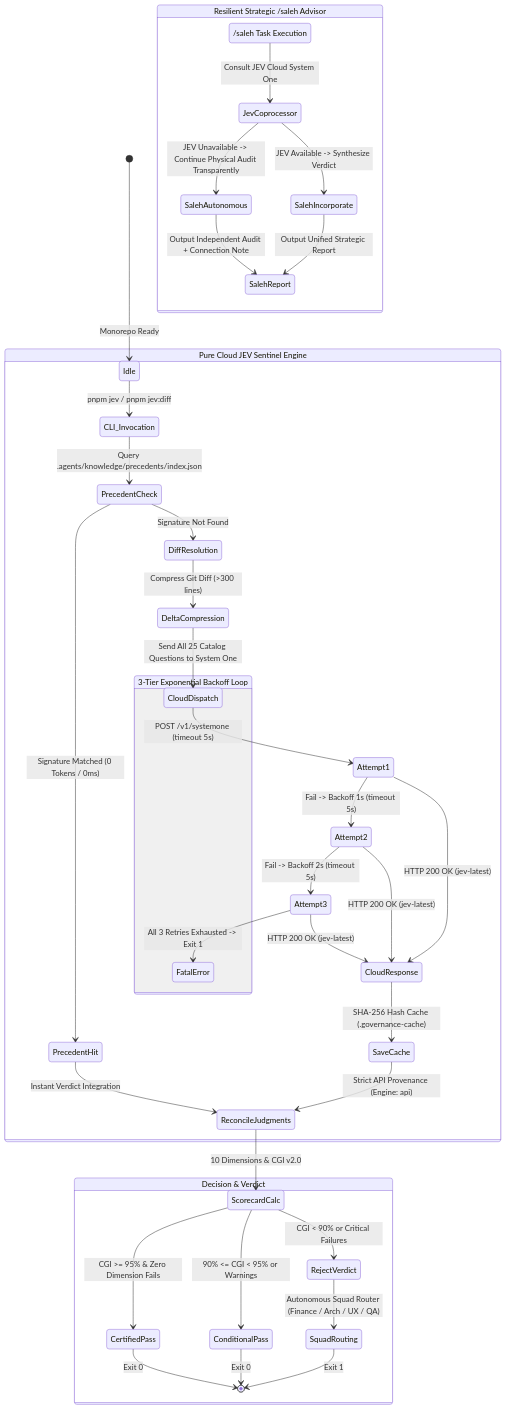
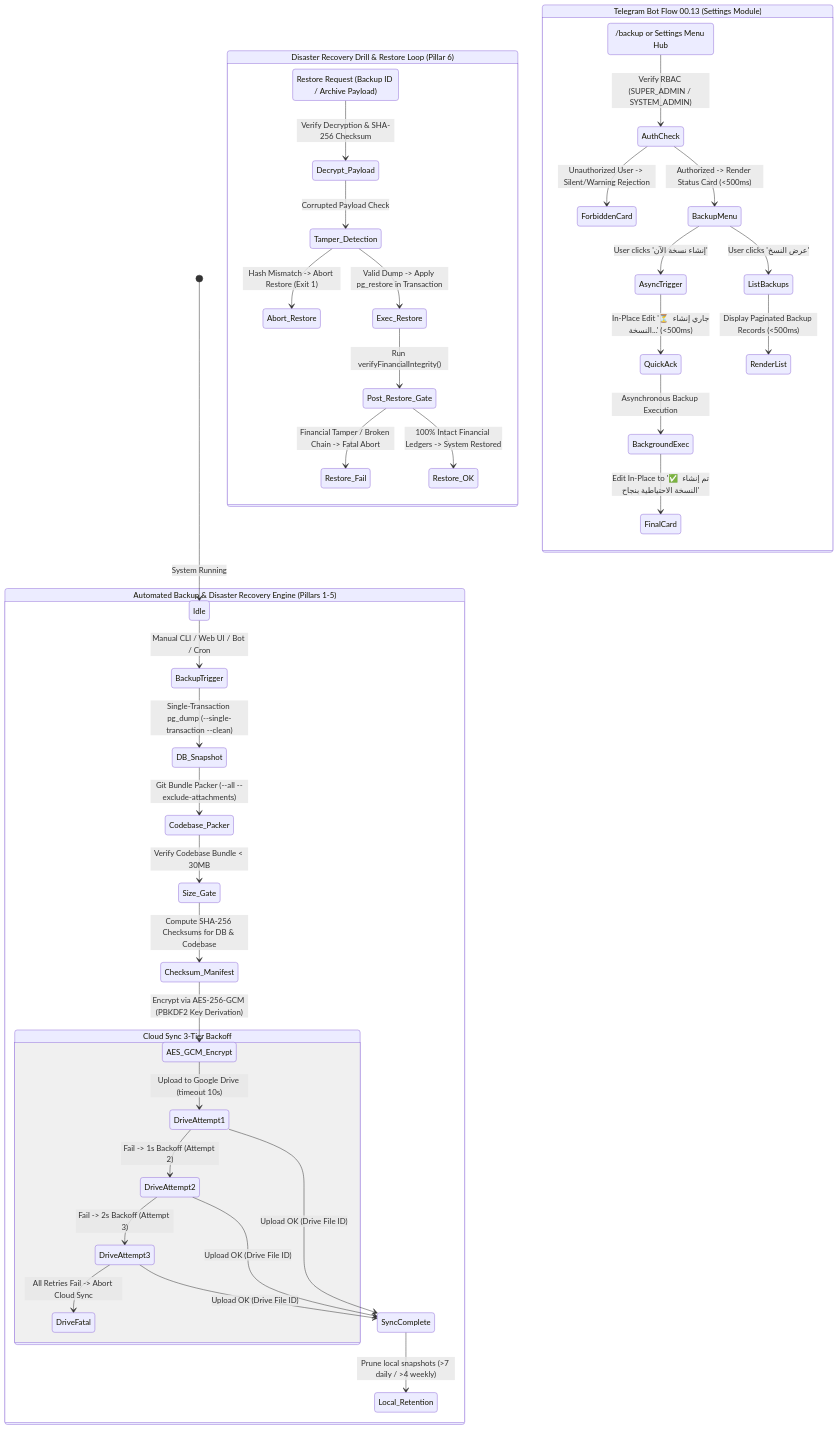
Before and after one commit to SalehOsman/Alsaada-Smart-Bot: the diagram in walkthrough.md, drawn with Mermaid. The commit also changed other lines of this file and 396 other files, not shown here.

Commit message:
feat(backup): implement full sovereign backup & disaster recovery system (WP-99)

````diff
--- a/walkthrough.md
+++ b/walkthrough.md
@@ -13,51 +13,51 @@
 ```mermaid
 stateDiagram-v2
-    [*] --> Idle: Monorepo Ready
+    [*] --> Idle: System Running
 
-    state "Pure Cloud JEV Sentinel Engine" as JevEngine {
-        Idle --> CLI_Invocation: pnpm jev / pnpm jev:diff
-        CLI_Invocation --> PrecedentCheck: Query .agents/knowledge/precedents/index.json
-        PrecedentCheck --> PrecedentHit: Signature Matched (0 Tokens / 0ms)
-        PrecedentCheck --> DiffResolution: Signature Not Found
-
-        DiffResolution --> DeltaCompression: Compress Git Diff (>300 lines)
-        DeltaCompression --> CloudDispatch: Send All 25 Catalog Questions to System One
-
-        state "3-Tier Exponential Backoff Loop" as RetryLoop {
-            CloudDispatch --> Attempt1: POST /v1/systemone (timeout 5s)
-            Attempt1 --> Attempt2: Fail -> Backoff 1s (timeout 5s)
-            Attempt2 --> Attempt3: Fail -> Backoff 2s (timeout 5s)
-            Attempt3 --> FatalError: All 3 Retries Exhausted -> Exit 1
+    state "Automated Backup & Disaster Recovery Engine (Pillars 1-5)" as DREngine {
+        Idle --> BackupTrigger: Manual CLI / Web UI / Bot / Cron
+        BackupTrigger --> DB_Snapshot: Single-Transaction pg_dump (--single-transaction --clean)
+        DB_Snapshot --> Codebase_Packer: Git Bundle Packer (--all --exclude-attachments)
+        Codebase_Packer --> Size_Gate: Verify Codebase Bundle < 30MB
+        Size_Gate --> Checksum_Manifest: Compute SHA-256 Checksums for DB & Codebase
+        Checksum_Manifest --> AES_GCM_Encrypt: Encrypt via AES-256-GCM (PBKDF2 Key Derivation)
+        
+        state "Cloud Sync 3-Tier Backoff" as CloudSync {
+            AES_GCM_Encrypt --> DriveAttempt1: Upload to Google Drive (timeout 10s)
+            DriveAttempt1 --> DriveAttempt2: Fail -> 1s Backoff (Attempt 2)
+            DriveAttempt2 --> DriveAttempt3: Fail -> 2s Backoff (Attempt 3)
+            DriveAttempt3 --> DriveFatal: All Retries Fail -> Abort Cloud Sync
+            DriveAttempt1 --> SyncComplete: Upload OK (Drive File ID)
+            DriveAttempt2 --> SyncComplete: Upload OK (Drive File ID)
+            DriveAttempt3 --> SyncComplete: Upload OK (Drive File ID)
         }
-
-        Attempt1 --> CloudResponse: HTTP 200 OK (jev-latest)
-        Attempt2 --> CloudResponse: HTTP 200 OK (jev-latest)
-        Attempt3 --> CloudResponse: HTTP 200 OK (jev-latest)
-
-        CloudResponse --> SaveCache: SHA-256 Hash Cache (.governance-cache)
-        SaveCache --> ReconcileJudgments: Strict API Provenance (Engine: api)
-        PrecedentHit --> ReconcileJudgments: Instant Verdict Integration
-
-        ReconcileJudgments --> ScorecardCalc: 10 Dimensions & CGI v2.0
+        
+        SyncComplete --> Local_Retention: Prune local snapshots (>7 daily / >4 weekly)
     }
 
-    state "Decision & Verdict" as VerdictNode {
-        ScorecardCalc --> CertifiedPass: CGI >= 95% & Zero Dimension Fails
-        ScorecardCalc --> ConditionalPass: 90% <= CGI < 95% or Warnings
-        ScorecardCalc --> RejectVerdict: CGI < 90% or Critical Failures
-
-        RejectVerdict --> SquadRouting: Autonomous Squad Router (Finance / Arch / UX / QA)
-        SquadRouting --> [*]: Exit 1
-        ConditionalPass --> [*]: Exit 0
-        CertifiedPass --> [*]: Exit 0
+    state "Disaster Recovery Drill & Restore Loop (Pillar 6)" as DRDrill {
+        RestoreTrigger: Restore Request (Backup ID / Archive Payload)
+        RestoreTrigger --> Decrypt_Payload: Verify Decryption & SHA-256 Checksum
+        Decrypt_Payload --> Tamper_Detection: Corrupted Payload Check
+        Tamper_Detection --> Abort_Restore: Hash Mismatch -> Abort Restore (Exit 1)
+        Tamper_Detection --> Exec_Restore: Valid Dump -> Apply pg_restore in Transaction
+        Exec_Restore --> Post_Restore_Gate: Run verifyFinancialIntegrity()
+        Post_Restore_Gate --> Restore_Fail: Financial Tamper / Broken Chain -> Fatal Abort
+        Post_Restore_Gate --> Restore_OK: 100% Intact Financial Ledgers -> System Restored
     }
 
-    state "Resilient Strategic /saleh Advisor" as SalehAdvisor {
-        SalehStart: /saleh Task Execution
-        SalehStart --> JevCoprocessor: Consult JEV Cloud System One
-        JevCoprocessor --> SalehIncorporate: JEV Available -> Synthesize Verdict
-        JevCoprocessor --> SalehAutonomous: JEV Unavailable -> Continue Physical Audit Transparently
-        SalehAutonomous --> SalehReport: Output Independent Audit + Connection Note
-        SalehIncorporate --> SalehReport: Output Unified Strategic Report
+    state "Telegram Bot Flow 00.13 (Settings Module)" as BotFlow {
+        UserCommand: /backup or Settings Menu Hub
+        UserCommand --> AuthCheck: Verify RBAC (SUPER_ADMIN / SYSTEM_ADMIN)
+        AuthCheck --> ForbiddenCard: Unauthorized User -> Silent/Warning Rejection
+        AuthCheck --> BackupMenu: Authorized -> Render Status Card (<500ms)
+        
+        BackupMenu --> AsyncTrigger: User clicks 'إنشاء نسخة الآن'
+        AsyncTrigger --> QuickAck: In-Place Edit '⏳ جاري إنشاء النسخة...' (<500ms)
+        QuickAck --> BackgroundExec: Asynchronous Backup Execution
+        BackgroundExec --> FinalCard: Edit In-Place to '✅ تم إنشاء النسخة الاحتياطية بنجاح'
+        
+        BackupMenu --> ListBackups: User clicks 'عرض النسخ'
+        ListBackups --> RenderList: Display Paginated Backup Records (<500ms)
     }
 ```
````
